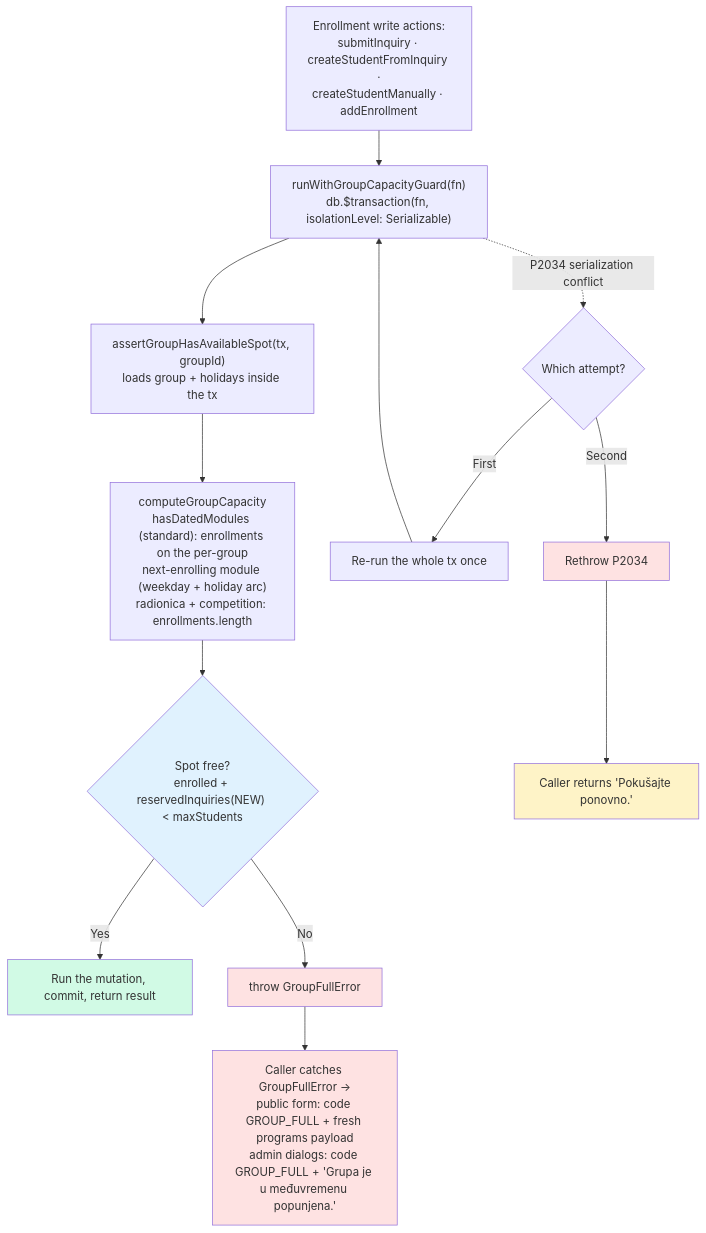
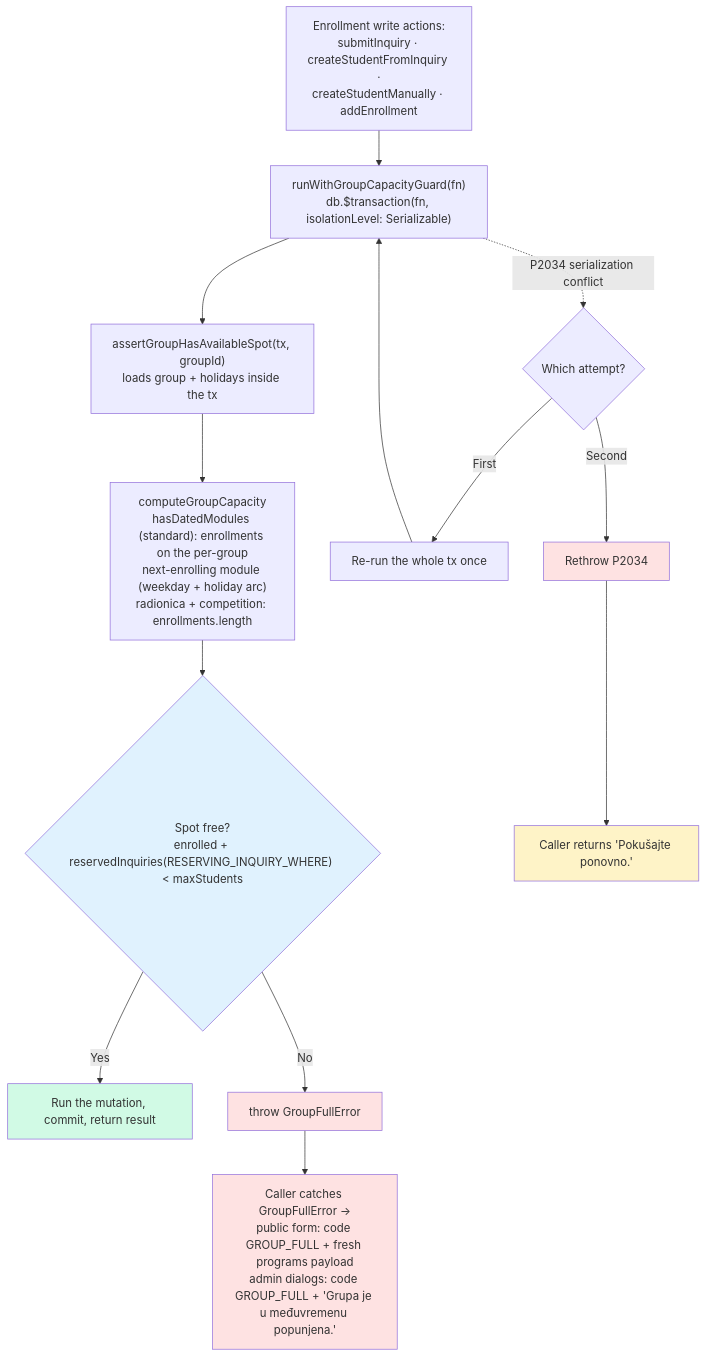
The sixth of 17 diagrams in docs/diagrams/enrollment-rules.md (jpucic00/inovatic), drawn with Mermaid before and after one commit. The commit also changed other lines of this file and 19 other files, not shown here.

````diff
--- a/docs/diagrams/enrollment-rules.md
+++ b/docs/diagrams/enrollment-rules.md
@@ -224,26 +239,26 @@
 ```mermaid
 flowchart TD
     A["Enrollment write actions:<br/>submitInquiry · createStudentFromInquiry ·<br/>createStudentManually · addEnrollment"] --> B["runWithGroupCapacityGuard(fn)<br/>db.$transaction(fn, isolationLevel: Serializable)"]
 
     B --> C["assertGroupHasAvailableSpot(tx, groupId)<br/>loads group + holidays inside the tx"]
     C --> D["computeGroupCapacity<br/>hasDatedModules (standard): enrollments on the per-group<br/>next-enrolling module (weekday + holiday arc)<br/>radionica + competition: enrollments.length"]
-    D --> E{"Spot free?<br/>enrolled + reservedInquiries(NEW) &lt; maxStudents"}
+    D --> E{"Spot free?<br/>enrolled + reservedInquiries(RESERVING_INQUIRY_WHERE) &lt; maxStudents"}
 
     E -->|Yes| F["Run the mutation, commit, return result"]
     E -->|No| G["throw GroupFullError"]
 
     B -.->|P2034 serialization conflict| H{"Which attempt?"}
     H -->|First| I["Re-run the whole tx once"]
     I --> B
     H -->|Second| K["Rethrow P2034"]
 
     G --> FULL["Caller catches GroupFullError →<br/>public form: code GROUP_FULL + fresh programs payload<br/>admin dialogs: code GROUP_FULL + 'Grupa je u međuvremenu popunjena.'"]
     K --> RETRY["Caller returns 'Pokušajte ponovno.'"]
 
     style F fill:#d1fae5
     style E fill:#e0f2fe
     style G fill:#fee2e2
     style FULL fill:#fee2e2
     style K fill:#fee2e2
     style RETRY fill:#fef3c7
 ```
````
